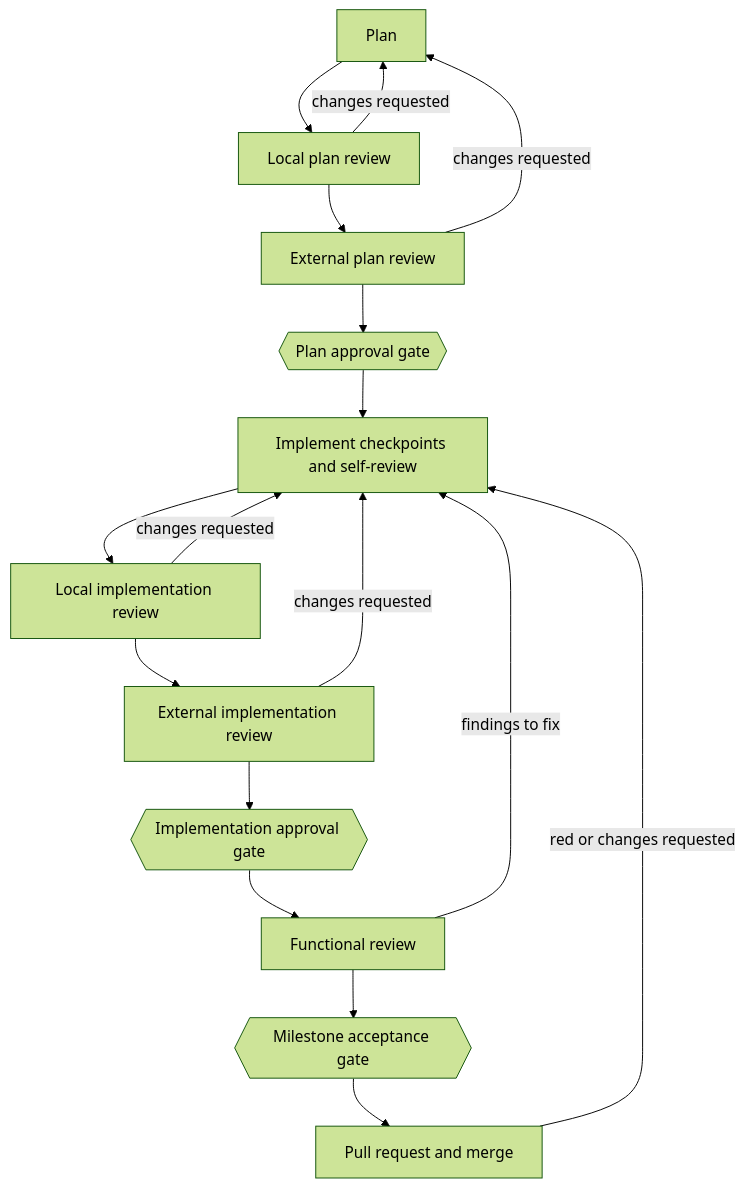
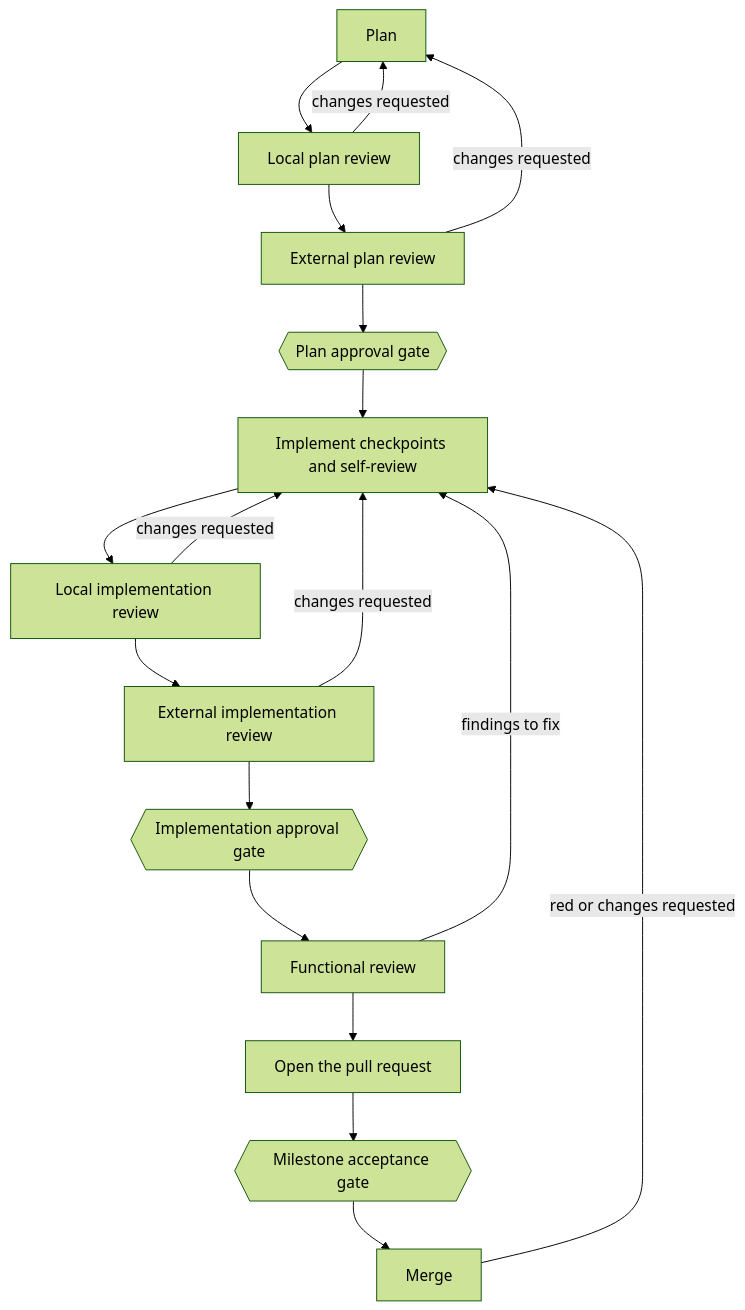
Before and after one commit to RodrigoFAbreu/workflow: the diagram in docs/overview.md, drawn with Mermaid (forest theme). The commit also changed other lines of this file and 6 other files, not shown here.

````diff
--- a/docs/overview.md
+++ b/docs/overview.md
@@ -10,19 +15,20 @@
 ```mermaid
 flowchart TD
     A[Plan] --> B[Local plan review]
     B -->|changes requested| A
     B --> C[External plan review]
     C -->|changes requested| A
     C --> D{{Plan approval gate}}
     D --> E[Implement checkpoints and self-review]
     E --> F[Local implementation review]
     F -->|changes requested| E
     F --> G[External implementation review]
     G -->|changes requested| E
     G --> H{{Implementation approval gate}}
     H --> I[Functional review]
     I -->|findings to fix| E
-    I --> J{{Milestone acceptance gate}}
-    J --> K[Pull request and merge]
+    I --> P[Open the pull request]
+    P --> J{{Milestone acceptance gate}}
+    J --> K[Merge]
     K -->|red or changes requested| E
 ```
````
